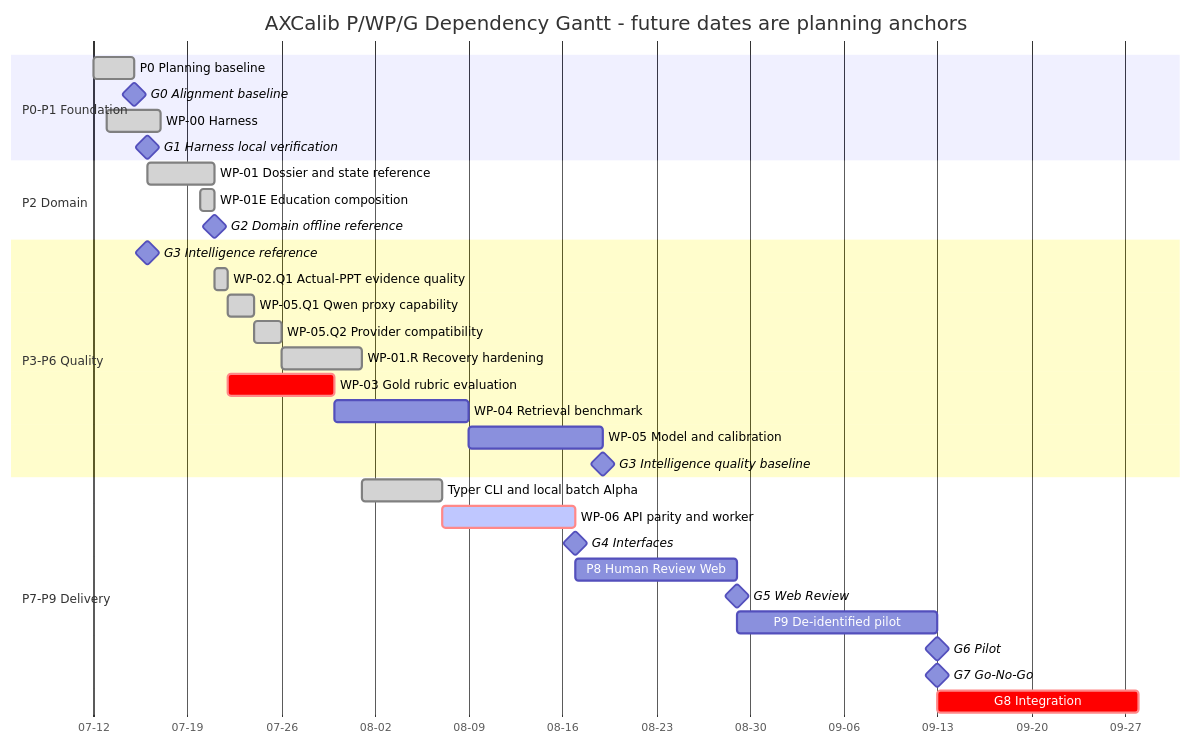
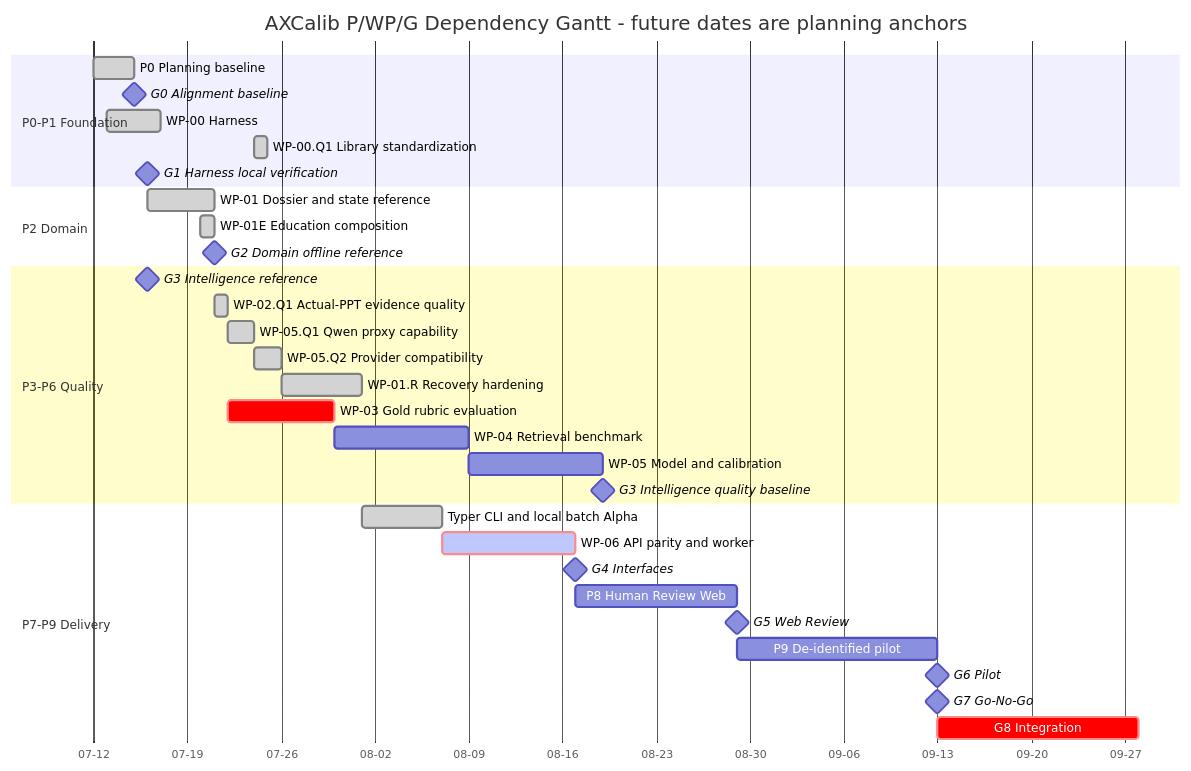
One commit to Infant83/AXCalib changed the diagram in PROJECT_STATE.md. Above: the diagram before and after it, drawn with Mermaid. The commit also changed other lines of this file and 54 other files, not shown here.

````diff
--- a/PROJECT_STATE.md
+++ b/PROJECT_STATE.md
@@ -83,40 +83,41 @@
 ```mermaid
 gantt
     title AXCalib P/WP/G Dependency Gantt - future dates are planning anchors
     dateFormat YYYY-MM-DD
     axisFormat %m-%d
     todayMarker stroke-width:2px,stroke:#A50034,opacity:0.8
 
     section P0-P1 Foundation
     P0 Planning baseline                 :done, p0, 2026-07-12, 3d
     G0 Alignment baseline               :milestone, g0, 2026-07-15, 0d
     WP-00 Harness                       :done, wp00, 2026-07-13, 4d
+    WP-00.Q1 Library standardization    :done, wp00q1, 2026-07-24, 1d
     G1 Harness local verification       :milestone, g1, 2026-07-16, 0d
 
     section P2 Domain
     WP-01 Dossier and state reference   :done, wp01, 2026-07-16, 5d
     WP-01E Education composition        :done, wp01e, 2026-07-20, 1d
     G2 Domain offline reference         :milestone, g2, 2026-07-21, 0d
 
     section P3-P6 Quality
     G3 Intelligence reference           :milestone, g3ref, 2026-07-16, 0d
     WP-02.Q1 Actual-PPT evidence quality :done, wp02q1, 2026-07-21, 1d
     WP-05.Q1 Qwen proxy capability      :done, wp05q1, after wp02q1, 2d
     WP-05.Q2 Provider compatibility     :done, wp05q2, after wp05q1, 2d
     WP-01.R Recovery hardening          :done, wp01r, after wp05q2, 6d
     WP-03 Gold rubric evaluation        :crit, wp03, after wp02q1, 8d
     WP-04 Retrieval benchmark           :wp04, after wp03, 10d
     WP-05 Model and calibration         :wp05, after wp04, 10d
     G3 Intelligence quality baseline    :milestone, g3quality, after wp05, 0d
 
     section P7-P9 Delivery
     Typer CLI and local batch Alpha     :done, wpcli, after wp01r, 6d
     WP-06 API parity and worker         :active,crit, wp06, after wpcli, 10d
     G4 Interfaces                       :milestone, g4, after wp06, 0d
     P8 Human Review Web                 :wpweb, after wp06, 12d
     G5 Web Review                       :milestone, g5, after wpweb, 0d
     P9 De-identified pilot              :wppilot, after wpweb, 15d
     G6 Pilot                            :milestone, g6, after wppilot, 0d
     G7 Go-No-Go                         :milestone, g7, after g6, 0d
     G8 Integration                      :crit, wpint, after g7, 15d
 ```
````
